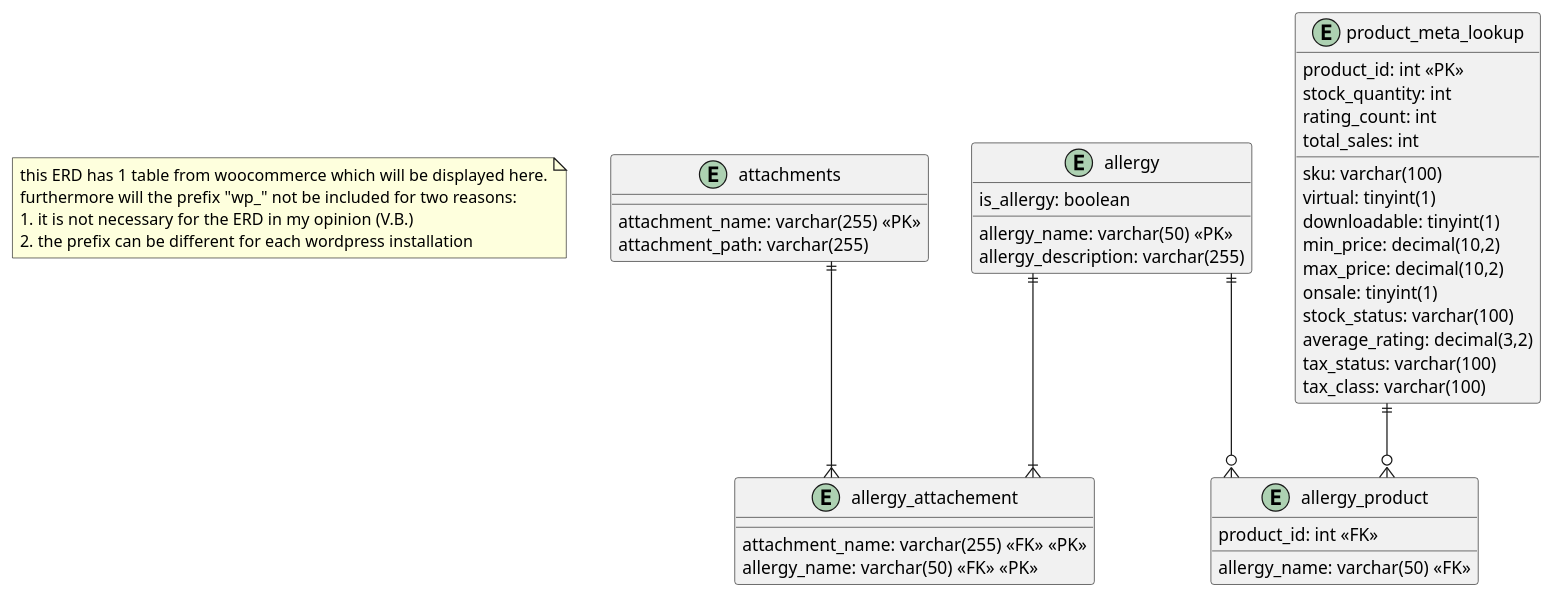
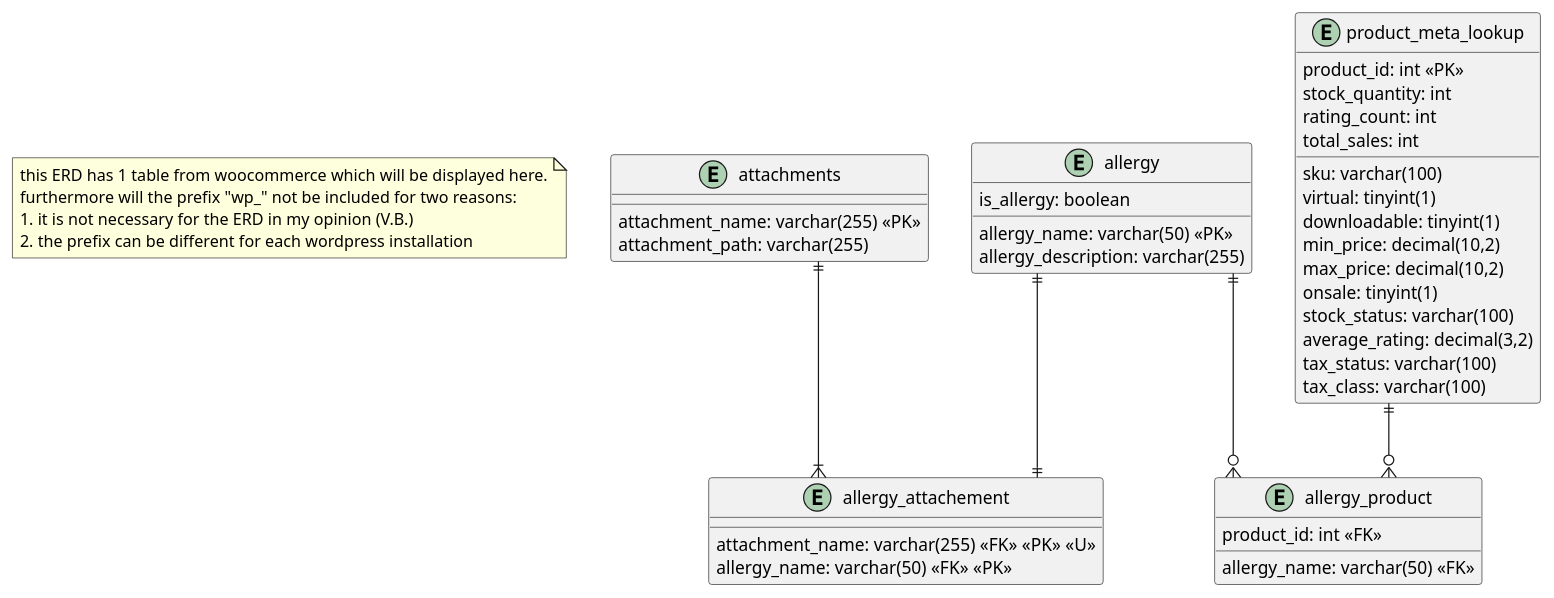
Before and after one commit to VerdiB/wp_allergenen_pro: the diagram in UML/ERD.puml, drawn with PlantUML.

Commit message:
update ERD

```diff
--- a/UML/ERD.puml
+++ b/UML/ERD.puml
@@ -2,53 +2,53 @@
 @startuml db-design
 skinparam Linetype ortho
 note as N1
 this ERD has 1 table from woocommerce which will be displayed here.
 furthermore will the prefix "wp_" not be included for two reasons:
 1. it is not necessary for the ERD in my opinion (V.B.)
 2. the prefix can be different for each wordpress installation
 end note
 
 entity "allergy"{
    allergy_name: varchar(50) <<PK>>
    allergy_description: varchar(255)
    is_allergy: boolean   
 }
 
 entity "attachments"{
     attachment_name: varchar(255) <<PK>>
     attachment_path: varchar(255)
 }
 
 entity "allergy_attachement"{
-    attachment_name: varchar(255) <<FK>> <<PK>>
+    attachment_name: varchar(255) <<FK>> <<PK>> <<U>>
     allergy_name: varchar(50) <<FK>> <<PK>>
 } 
 
 entity "allergy_product"{
    product_id: int <<FK>>
    allergy_name: varchar(50) <<FK>>
 }
 
 entity "product_meta_lookup"{
     product_id: int <<PK>>
     sku: varchar(100)
     virtual: tinyint(1)
     downloadable: tinyint(1)
     min_price: decimal(10,2)
     max_price: decimal(10,2)
     onsale: tinyint(1)
     stock_quantity: int
     stock_status: varchar(100)
     rating_count: int
     average_rating: decimal(3,2)
     total_sales: int
     tax_status: varchar(100)
     tax_class: varchar(100)
 }
 
 allergy ||--o{ allergy_product
-allergy ||--|{ allergy_attachement
+allergy ||--|| allergy_attachement
 attachments ||--|{ allergy_attachement
 product_meta_lookup ||--o{ allergy_product
 
 @enduml
```
